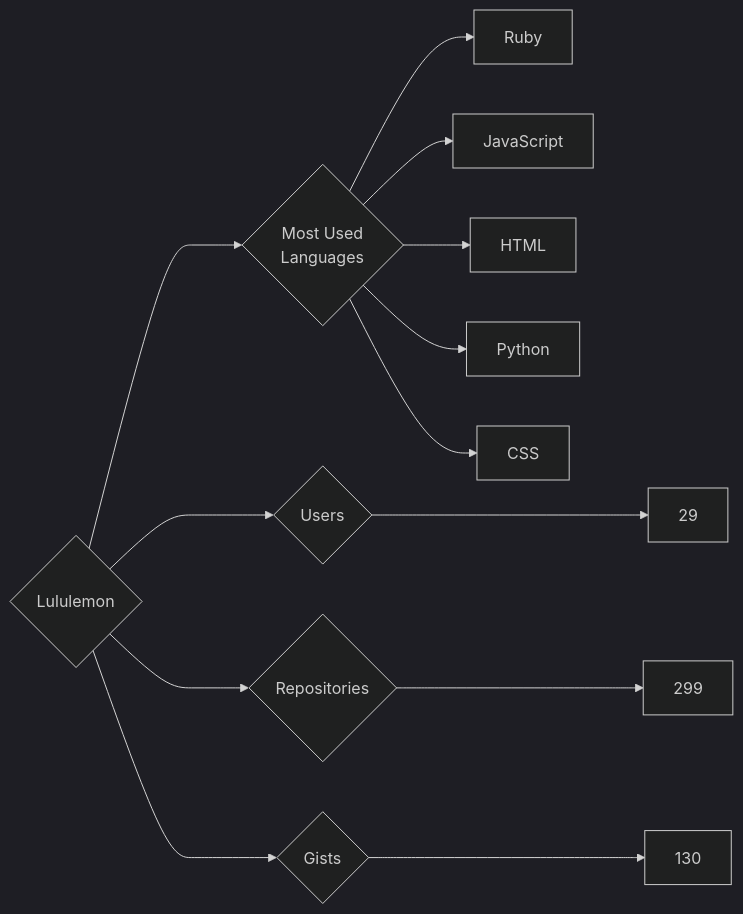
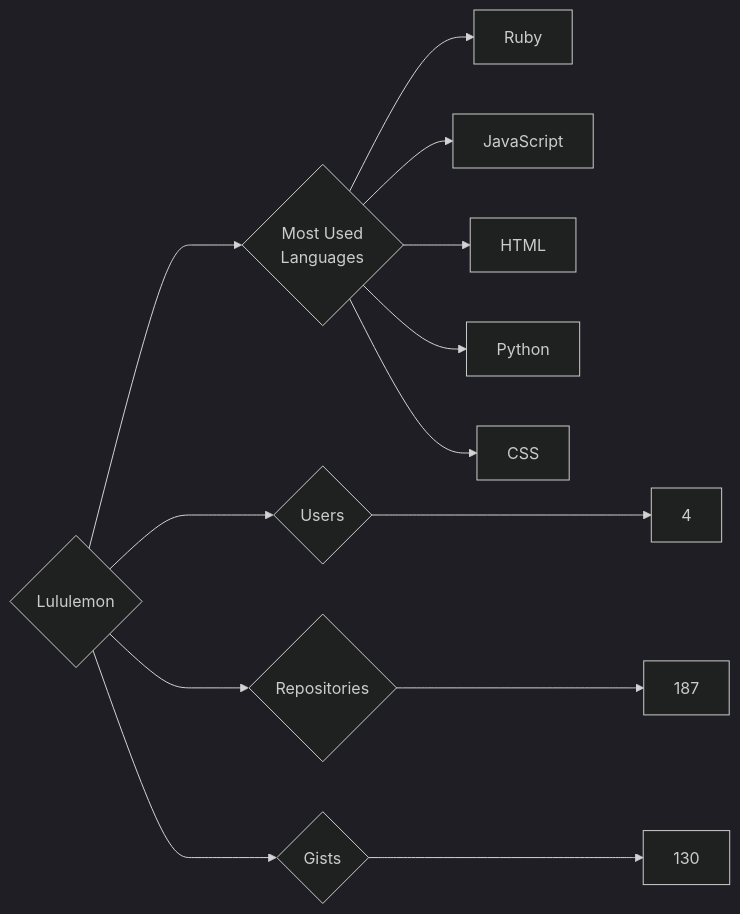
Before and after one commit to trickest/insiders: the diagram in targets/Lululemon/README.md, drawn with Mermaid (dark theme). The commit also changed 916 other files, not shown here.

````diff
--- a/targets/Lululemon/README.md
+++ b/targets/Lululemon/README.md
@@ -3,13 +3,13 @@
 ```mermaid
 graph LR
 COMPANY_NAME{Lululemon}
-COMPANY_NAME ---> U{Users} ---> UN[29]
-COMPANY_NAME ---> R{Repositories} ---> RN[299]
+COMPANY_NAME ---> U{Users} ---> UN[4]
+COMPANY_NAME ---> R{Repositories} ---> RN[187]
 COMPANY_NAME ---> G{Gists} ---> GN[130]
 COMPANY_NAME ---> ML{Most Used<br>Languages}
 ML --> Ruby[Ruby]
 ML --> JavaScript[JavaScript]
 ML --> HTML[HTML]
 ML --> Python[Python]
 ML --> CSS[CSS]
 ```
````
